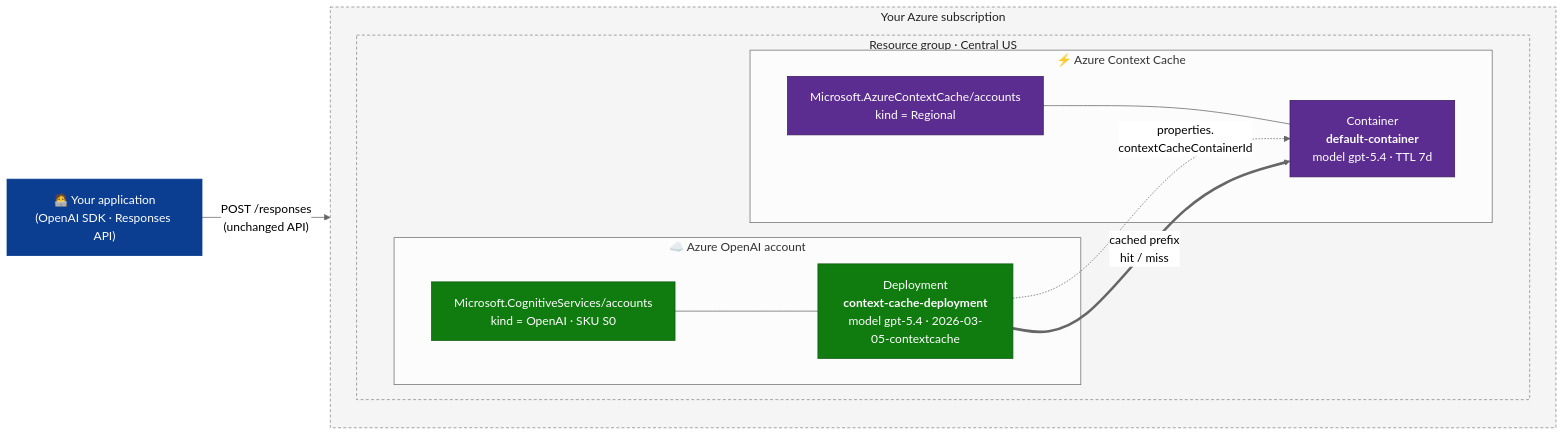
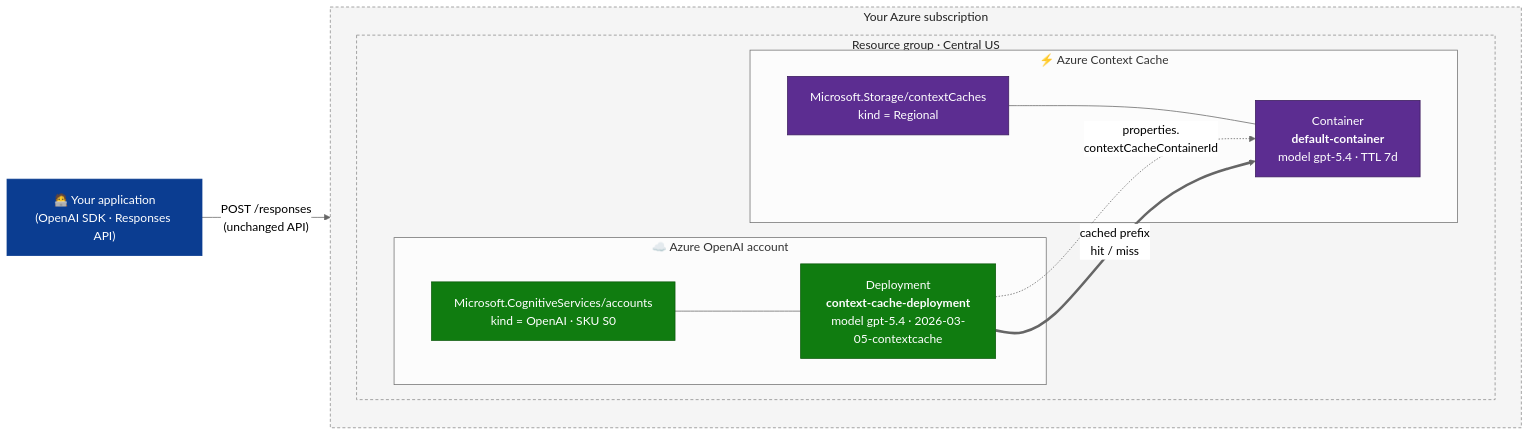
One commit to Azure/AzureContextCache changed the diagram in README.md. Above: the diagram before and after it, drawn with Mermaid (neutral theme). The commit also changed other lines of this file and 5 other files, not shown here.

Commit message:
Update Namespace and ResourceType names for Context Cache (#2)

````diff
--- a/README.md
+++ b/README.md
@@ -44,36 +44,36 @@
 ```mermaid
 flowchart LR
     classDef app    fill:#0b3d91,stroke:#0b3d91,color:#ffffff
     classDef aoai   fill:#107c10,stroke:#0b5a0b,color:#ffffff
     classDef cache  fill:#5c2d91,stroke:#3b1c5c,color:#ffffff
     classDef rg     fill:#f5f5f5,stroke:#888,color:#222,stroke-dasharray: 4 3
 
     User["🧑‍💻 Your application<br/>(OpenAI SDK · Responses API)"]:::app
 
     subgraph SUB["Your Azure subscription"]
         direction TB
         subgraph RG["Resource group · Central US"]
             direction LR
 
             subgraph AOAIBOX["☁️ Azure OpenAI account"]
                 AOAI["Microsoft.CognitiveServices/accounts<br/>kind = OpenAI · SKU S0"]:::aoai
                 DEP["Deployment<br/><b>context-cache-deployment</b><br/>model gpt-5.4 · 2026-03-05-contextcache"]:::aoai
                 AOAI --- DEP
             end
 
             subgraph CACHEBOX["⚡ Azure Context Cache"]
-                ACC["Microsoft.AzureContextCache/accounts<br/>kind = Regional"]:::cache
+                ACC["Microsoft.Storage/contextCaches<br/>kind = Regional"]:::cache
                 CONT["Container<br/><b>default-container</b><br/>model gpt-5.4 · TTL 7d"]:::cache
                 ACC --- CONT
             end
 
             DEP -. "properties.<br/>contextCacheContainerId" .-> CONT
         end
     end
 
     User -- "POST /responses<br/>(unchanged API)" --> DEP
     DEP == "cached prefix<br/>hit / miss" ==> CONT
 
     class RG rg
     class SUB rg
 ```
````
